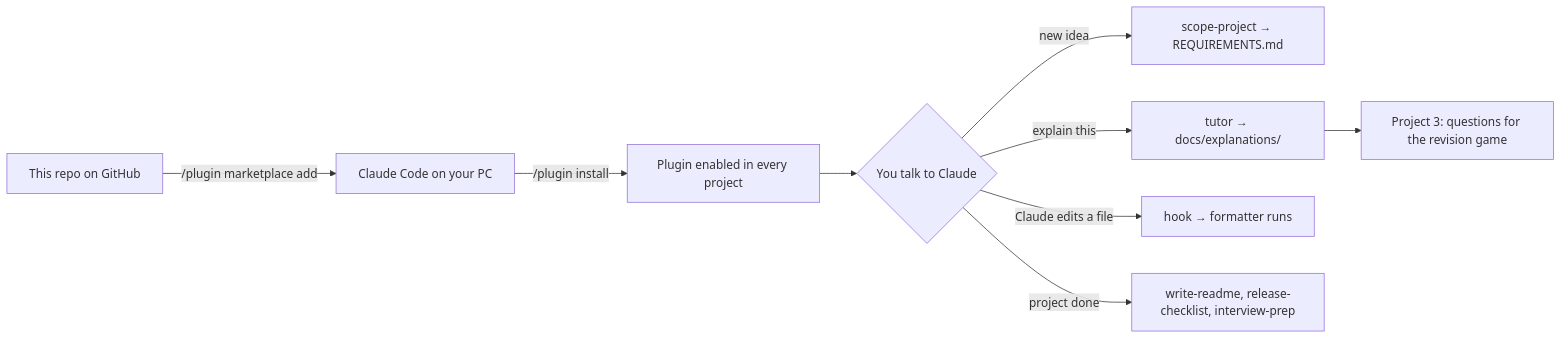
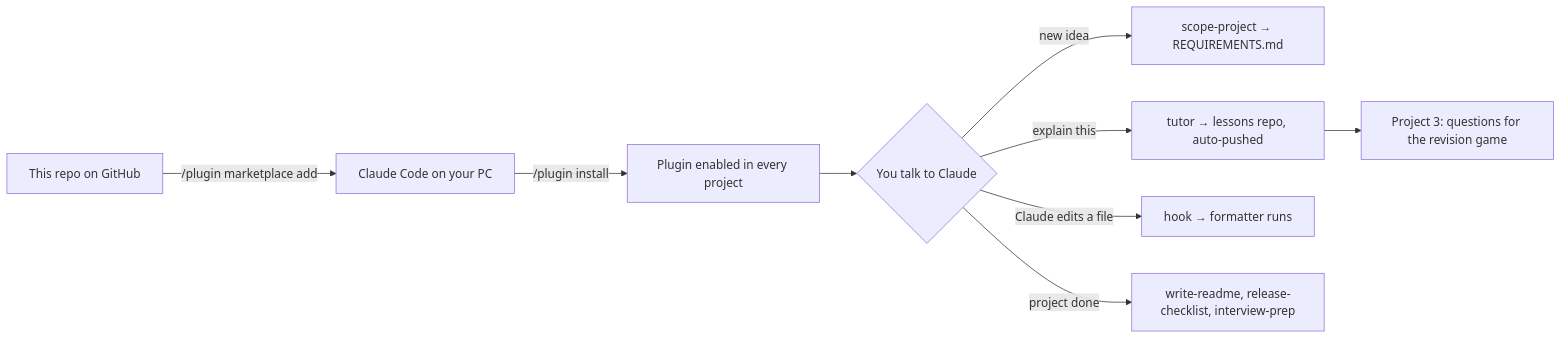
Before and after one commit to E54Sacha/claude-dev-toolkit: the diagram in PLAN.md, drawn with Mermaid. The commit also changed other lines of this file and 7 other files, not shown here.

First line of the commit message:
Save tutor lessons to the public lessons repo, auto-pushed by a hook

````diff
--- a/PLAN.md
+++ b/PLAN.md
@@ -44,11 +45,11 @@
 ```mermaid
 flowchart LR
     A[This repo on GitHub] -->|/plugin marketplace add| B[Claude Code on your PC]
     B -->|/plugin install| C[Plugin enabled in every project]
     C --> D{You talk to Claude}
     D -->|"new idea"| E[scope-project → REQUIREMENTS.md]
-    D -->|"explain this"| F[tutor → docs/explanations/]
+    D -->|"explain this"| F[tutor → lessons repo, auto-pushed]
     D -->|Claude edits a file| G[hook → formatter runs]
     D -->|"project done"| H[write-readme, release-checklist, interview-prep]
     F --> I[Project 3: questions for the revision game]
 ```
````
